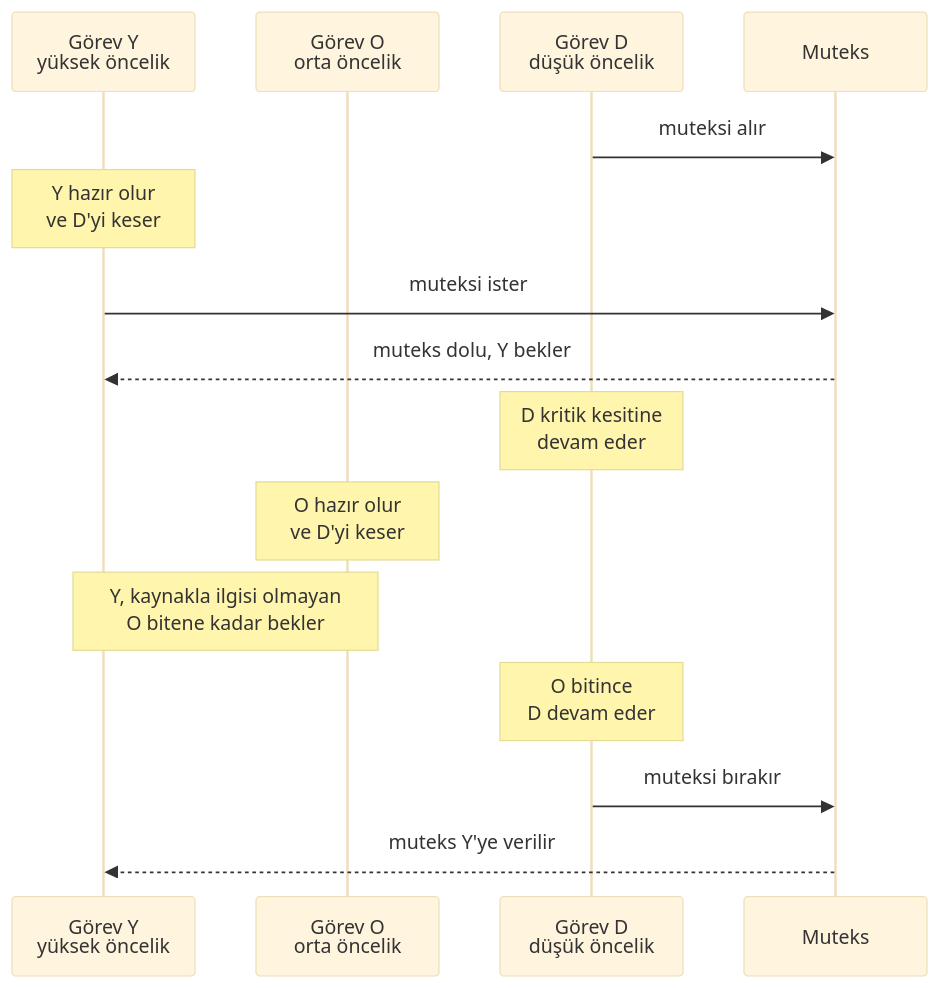
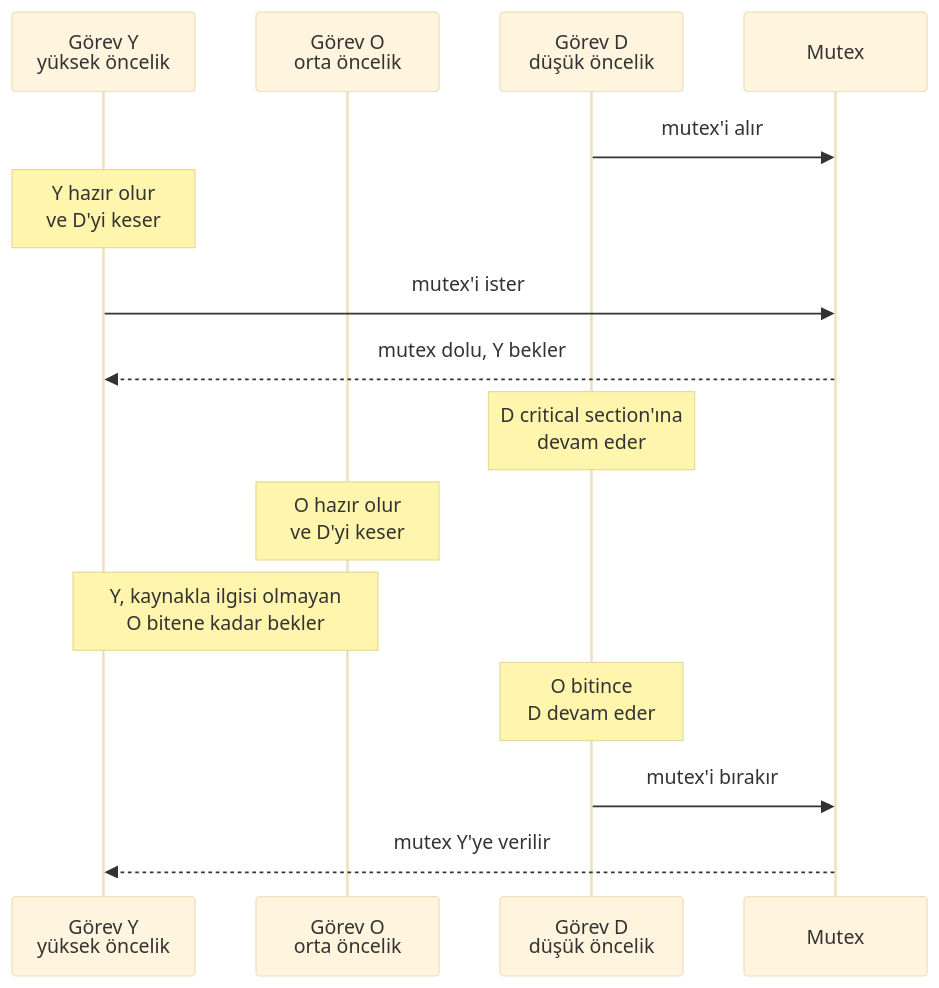
The second of 2 diagrams in kitap/05-ozel-konular/20-gercek-zamanli-isletim-sistemleri.mdx (Mavrikant/aviyonikyazilim), drawn with Mermaid (base theme) before and after one commit. The commit also changed other lines of this file and 60 other files, not shown here.

````diff
--- a/kitap/05-ozel-konular/20-gercek-zamanli-isletim-sistemleri.mdx
+++ b/kitap/05-ozel-konular/20-gercek-zamanli-isletim-sistemleri.mdx
@@ -276,17 +274,17 @@
 ```mermaid
 sequenceDiagram
     participant Y as Görev Y<br/>yüksek öncelik
     participant O as Görev O<br/>orta öncelik
     participant D as Görev D<br/>düşük öncelik
-    participant M as Muteks
-    D->>M: muteksi alır
+    participant M as Mutex
+    D->>M: mutex'i alır
     Note over Y: Y hazır olur<br/>ve D'yi keser
-    Y->>M: muteksi ister
-    M-->>Y: muteks dolu, Y bekler
-    Note over D: D kritik kesitine<br/>devam eder
+    Y->>M: mutex'i ister
+    M-->>Y: mutex dolu, Y bekler
+    Note over D: D critical section'ına<br/>devam eder
     Note over O: O hazır olur<br/>ve D'yi keser
     Note over Y,O: Y, kaynakla ilgisi olmayan<br/>O bitene kadar bekler
     Note over D: O bitince<br/>D devam eder
-    D->>M: muteksi bırakır
-    M-->>Y: muteks Y'ye verilir
+    D->>M: mutex'i bırakır
+    M-->>Y: mutex Y'ye verilir
 ```
````
